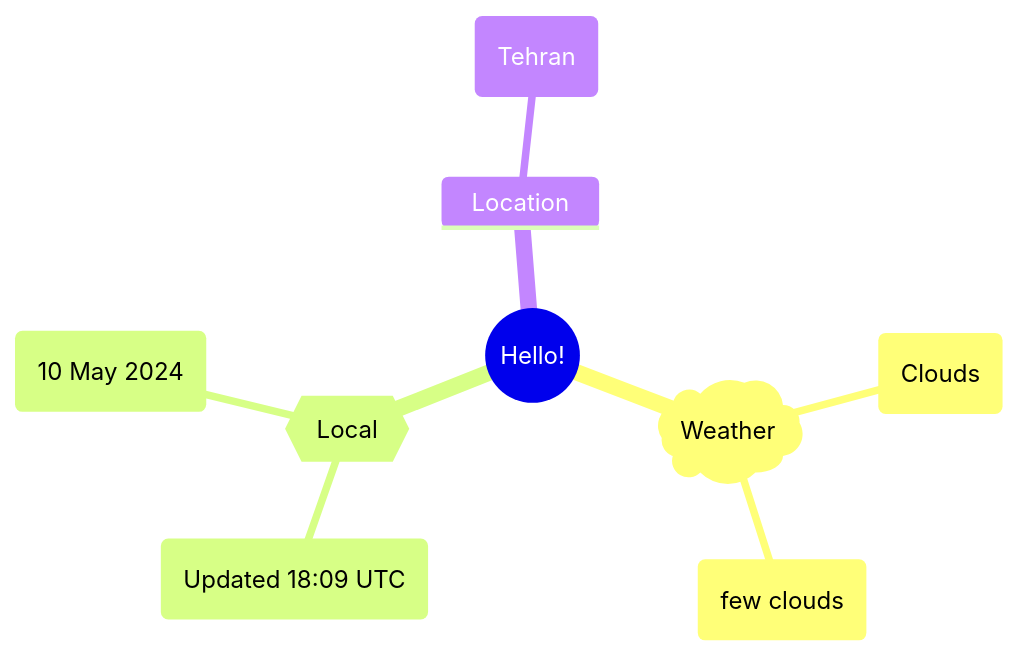
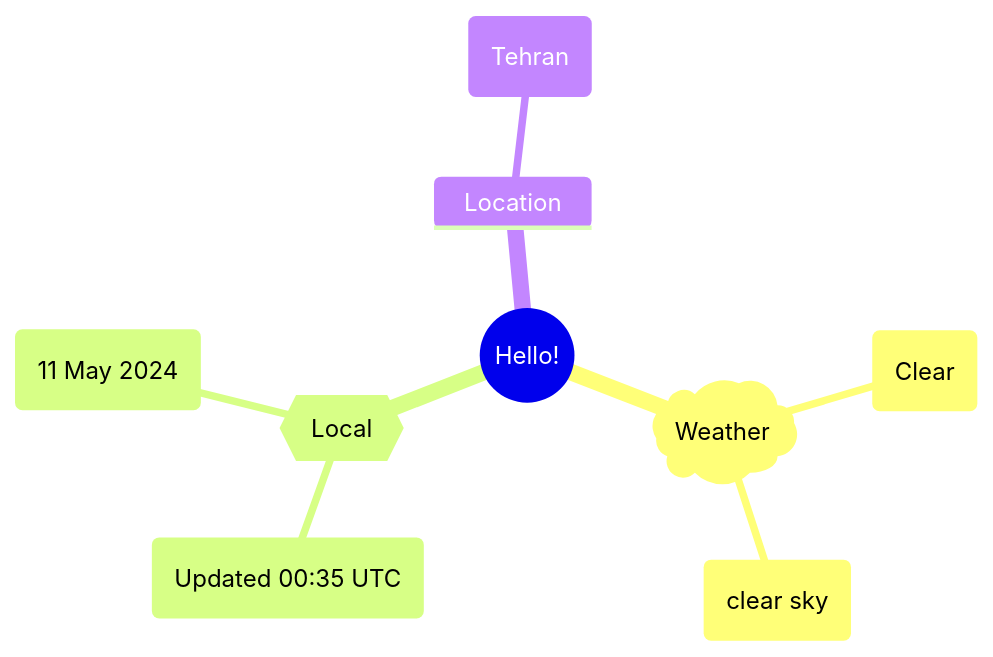
The first of 2 diagrams in README.md (Xosrov/Xosrov), drawn with Mermaid before and after one commit.

Commit message:
[bot] updated images

````diff
--- a/README.md
+++ b/README.md
@@ -3,12 +3,12 @@
 ```mermaid
 mindmap
   root((Hello!))
     )Weather(
-        (Clouds)
-        (few clouds)
+        (Clear)
+        (clear sky)
     {{Local}}
-        (Updated 18:09 UTC)
-        (10 May 2024)
+        (Updated 00:35 UTC)
+        (11 May 2024)
     Location
         (Tehran)
 ```
````
